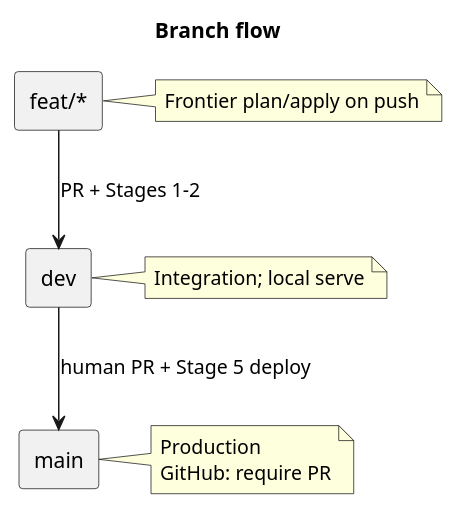
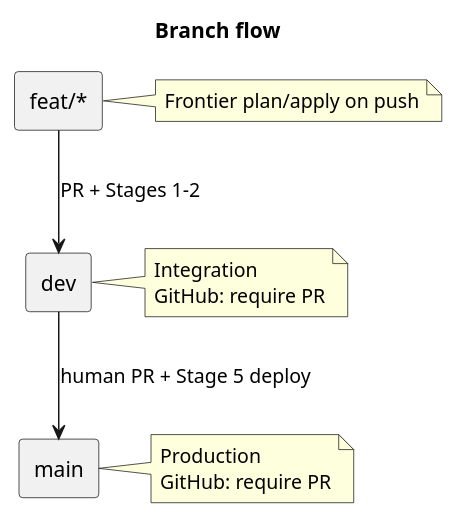
The diagram in docs/architecture/02-branch-flow.puml (Wadek/frontier-platform), drawn with PlantUML before and after one commit. The commit also changed 20 other files, not shown here.

```diff
--- a/docs/architecture/02-branch-flow.puml
+++ b/docs/architecture/02-branch-flow.puml
@@ -1,21 +1,22 @@
 @startuml
 title Branch flow
 
 rectangle "feat/*" as F
 rectangle "dev" as D
 rectangle "main" as M
 
 F --> D : PR + Stages 1-2
 D --> M : human PR + Stage 5 deploy
 
 note right of F
   Frontier plan/apply on push
 end note
 note right of D
-  Integration; local serve
+  Integration
+  GitHub: require PR
 end note
 note right of M
   Production
   GitHub: require PR
 end note
 @enduml
```
